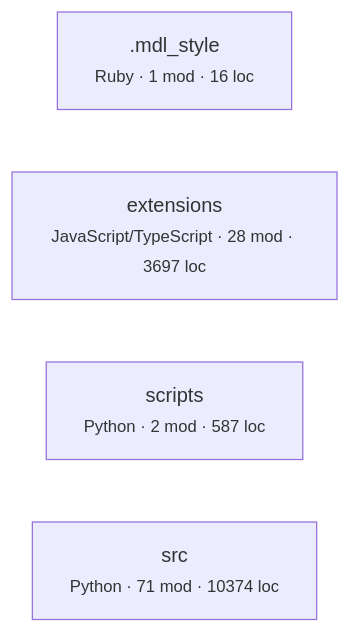
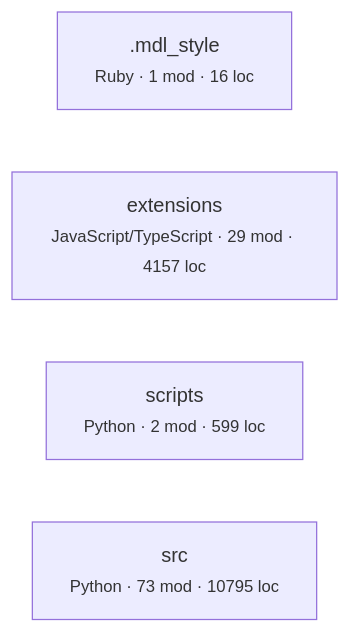
One commit to fabiocicerchia/gandalf changed the first of 3 diagrams in ARCHITECTURE.md. Above: the diagram before and after it, drawn with Mermaid. The commit also changed other lines of this file and 22 other files, not shown here.

````diff
--- a/ARCHITECTURE.md
+++ b/ARCHITECTURE.md
@@ -421,7 +439,7 @@
 ```mermaid
 graph LR
   _mdl_style[".mdl_style<br/><small>Ruby · 1 mod · 16 loc</small>"]
-  extensions["extensions<br/><small>JavaScript/TypeScript · 28 mod · 3697 loc</small>"]
-  scripts["scripts<br/><small>Python · 2 mod · 587 loc</small>"]
-  src["src<br/><small>Python · 71 mod · 10374 loc</small>"]
+  extensions["extensions<br/><small>JavaScript/TypeScript · 29 mod · 4157 loc</small>"]
+  scripts["scripts<br/><small>Python · 2 mod · 599 loc</small>"]
+  src["src<br/><small>Python · 73 mod · 10795 loc</small>"]
 ```
````
